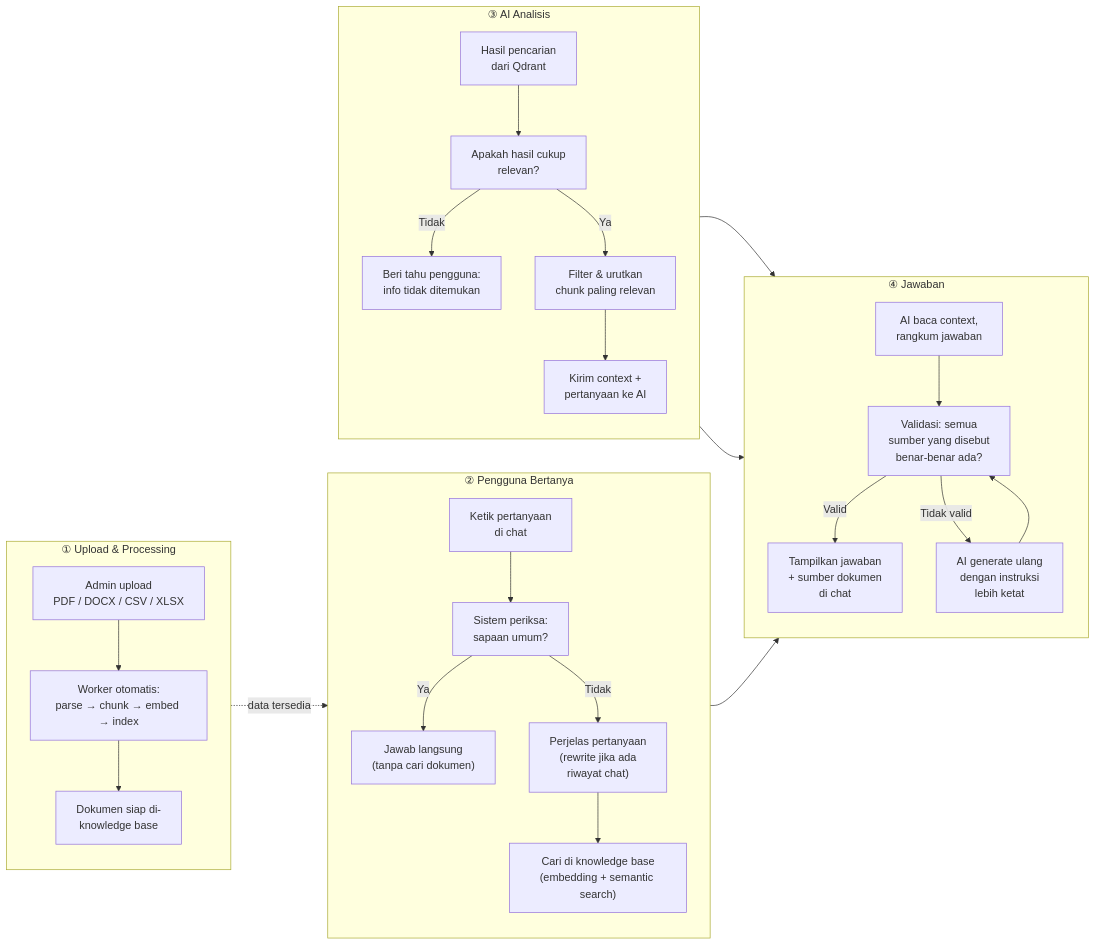
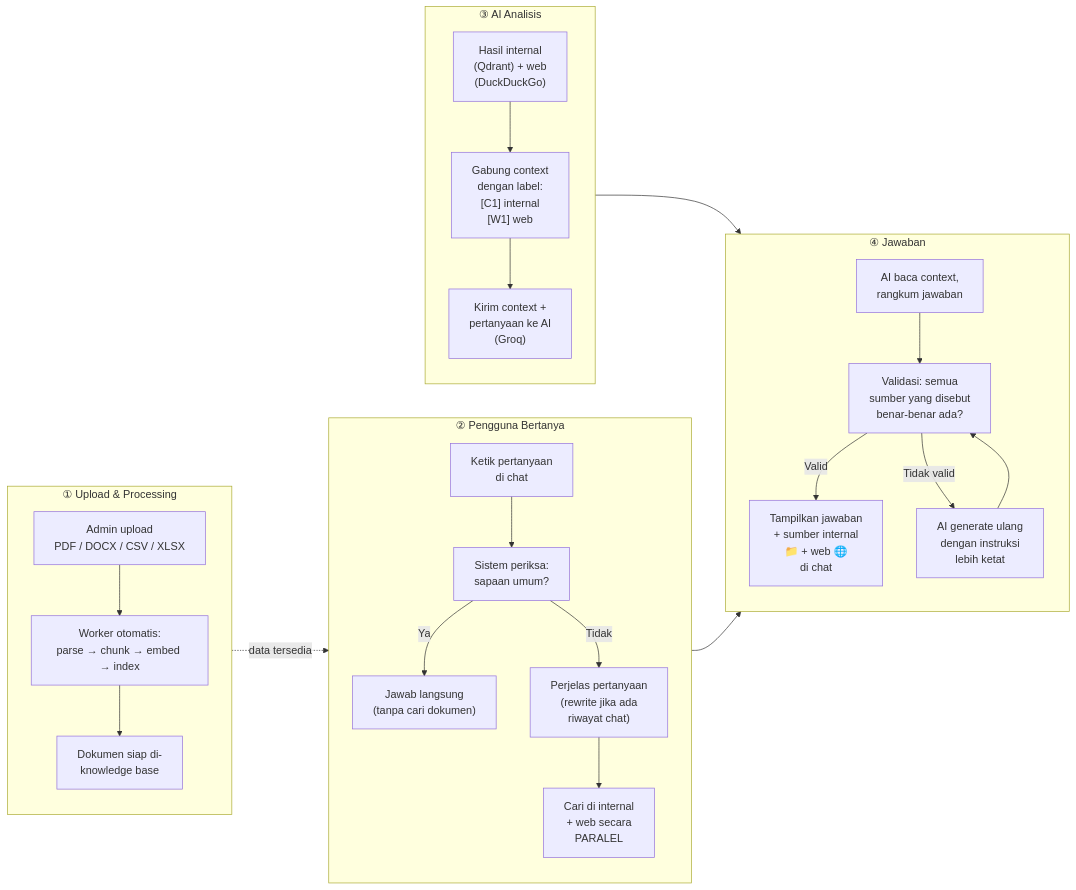
Before and after one commit to zidanbrilliant/chatbot-rag: the fourth of 8 diagrams in README.md, drawn with Mermaid. The commit also changed other lines of this file, not shown here.

Commit message:
docs: update README and AGENTS.md with hybrid search architecture

````diff
--- a/README.md
+++ b/README.md
@@ -175,37 +180,34 @@
 ```mermaid
 flowchart LR
     subgraph A["① Upload & Processing"]
         direction TB
         A1["Admin upload<br/>PDF / DOCX / CSV / XLSX"] --> A2["Worker otomatis:<br/>parse → chunk → embed → index"]
         A2 --> A3["Dokumen siap di-<br/>knowledge base"]
     end
 
     subgraph B["② Pengguna Bertanya"]
         direction TB
         B1["Ketik pertanyaan<br/>di chat"] --> B2["Sistem periksa:<br/>sapaan umum?"]
         B2 -->|"Ya"| B3["Jawab langsung<br/>(tanpa cari dokumen)"]
         B2 -->|"Tidak"| B4["Perjelas pertanyaan<br/>(rewrite jika ada<br/>riwayat chat)"]
-        B4 --> B5["Cari di knowledge base<br/>(embedding + semantic search)"]
+        B4 --> B5["Cari di internal<br/>+ web secara<br/>PARALEL"]
     end
 
     subgraph C["③ AI Analisis"]
         direction TB
-        C0["Hasil pencarian<br/>dari Qdrant"] --> C1["Apakah hasil cukup<br/>relevan?"]
-        C1 -->|"Tidak"| C2["Beri tahu pengguna:<br/>info tidak ditemukan"]
-        C1 -->|"Ya"| C3["Filter & urutkan<br/>chunk paling relevan"]
-        C3 --> C4["Kirim context +<br/>pertanyaan ke AI"]
+        C0["Hasil internal<br/>(Qdrant) + web<br/>(DuckDuckGo)"] --> C1["Gabung context<br/>dengan label:<br/>[C1] internal<br/>[W1] web"]
+        C1 --> C2["Kirim context +<br/>pertanyaan ke AI<br/>(Groq)"]
     end
 
     subgraph D["④ Jawaban"]
         direction TB
-        C4 --> D1["AI baca context,<br/>rangkum jawaban"]
+        C2 --> D1["AI baca context,<br/>rangkum jawaban"]
         D1 --> D2["Validasi: semua<br/>sumber yang disebut<br/> benar-benar ada?"]
-        D2 -->|"Valid"| D3["Tampilkan jawaban<br/>+ sumber dokumen<br/>di chat"]
+        D2 -->|"Valid"| D3["Tampilkan jawaban<br/>+ sumber internal<br/>📁 + web 🌐<br/>di chat"]
         D2 -->|"Tidak valid"| D4["AI generate ulang<br/>dengan instruksi<br/>lebih ketat"]
         D4 --> D2
     end
 
     A3 -.->|"data tersedia"| B5
     B3 --> D3
-    C2 --> D3
 ```
````
